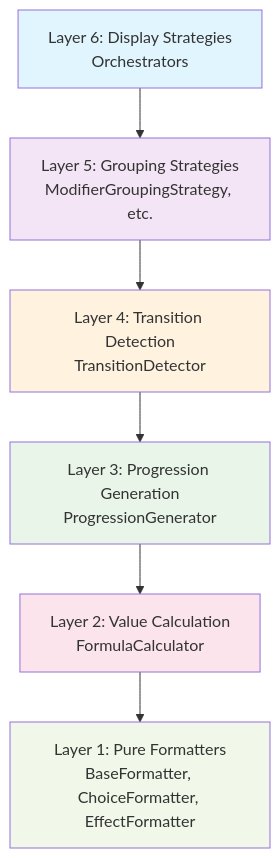
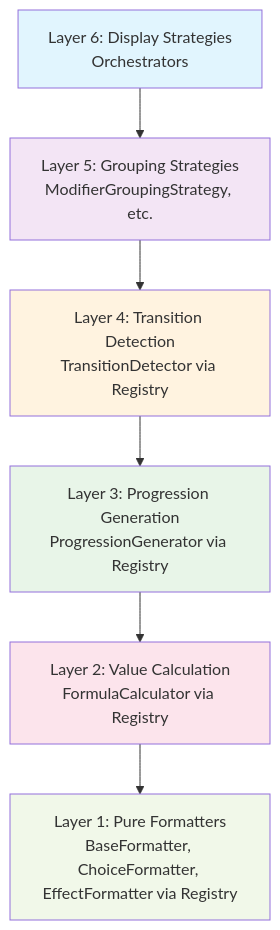
Before and after one commit to Cezero/dnd_tools: the first of 5 diagrams in packages/shared/docs/feature-system/formatting/README.md, drawn with Mermaid. The commit also changed other lines of this file and 32 other files, not shown here.

````diff
--- a/packages/shared/docs/feature-system/formatting/README.md
+++ b/packages/shared/docs/feature-system/formatting/README.md
@@ -14,15 +35,15 @@
 ```mermaid
 graph TD
     L6[Layer 6: Display Strategies<br/>Orchestrators] --> L5[Layer 5: Grouping Strategies<br/>ModifierGroupingStrategy, etc.]
-    L5 --> L4[Layer 4: Transition Detection<br/>TransitionDetector]
-    L4 --> L3[Layer 3: Progression Generation<br/>ProgressionGenerator]
-    L3 --> L2[Layer 2: Value Calculation<br/>FormulaCalculator]
-    L2 --> L1[Layer 1: Pure Formatters<br/>BaseFormatter, ChoiceFormatter, EffectFormatter]
+    L5 --> L4[Layer 4: Transition Detection<br/>TransitionDetector via Registry]
+    L4 --> L3[Layer 3: Progression Generation<br/>ProgressionGenerator via Registry]
+    L3 --> L2[Layer 2: Value Calculation<br/>FormulaCalculator via Registry]
+    L2 --> L1[Layer 1: Pure Formatters<br/>BaseFormatter, ChoiceFormatter, EffectFormatter via Registry]
     
     style L6 fill:#e1f5fe
     style L5 fill:#f3e5f5
     style L4 fill:#fff3e0
     style L3 fill:#e8f5e8
     style L2 fill:#fce4ec
     style L1 fill:#f1f8e9
 ```
````
